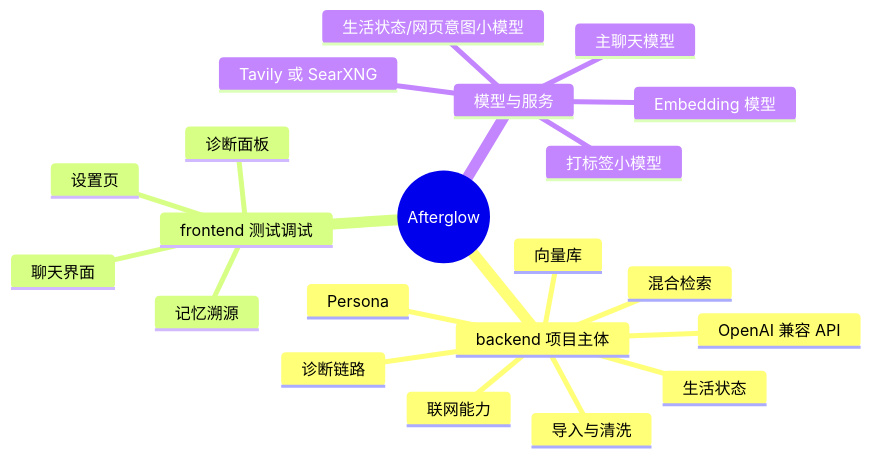
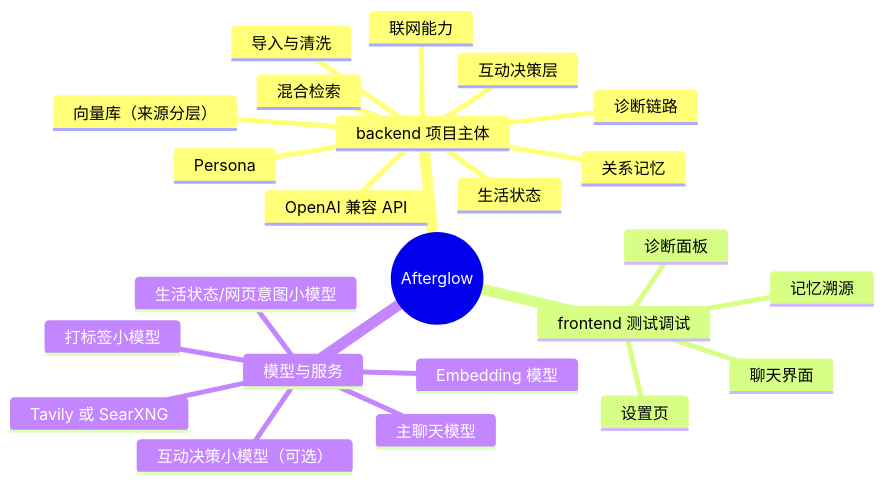
The second of 2 diagrams in README.md (GuDong2003/Afterglow), drawn with Mermaid before and after one commit. The commit also changed other lines of this file and 34 other files, not shown here.

````diff
--- a/README.md
+++ b/README.md
@@ -83,24 +87,27 @@
 ```mermaid
 mindmap
   root((Afterglow))
     backend 项目主体
       导入与清洗
-      向量库
+      向量库（来源分层）
       混合检索
       Persona
       生活状态
+      关系记忆
+      互动决策层
       联网能力
       OpenAI 兼容 API
       诊断链路
     frontend 测试调试
       聊天界面
       记忆溯源
       设置页
       诊断面板
     模型与服务
       主聊天模型
       Embedding 模型
       打标签小模型
       生活状态/网页意图小模型
+      互动决策小模型（可选）
       Tavily 或 SearXNG
 ```
````
